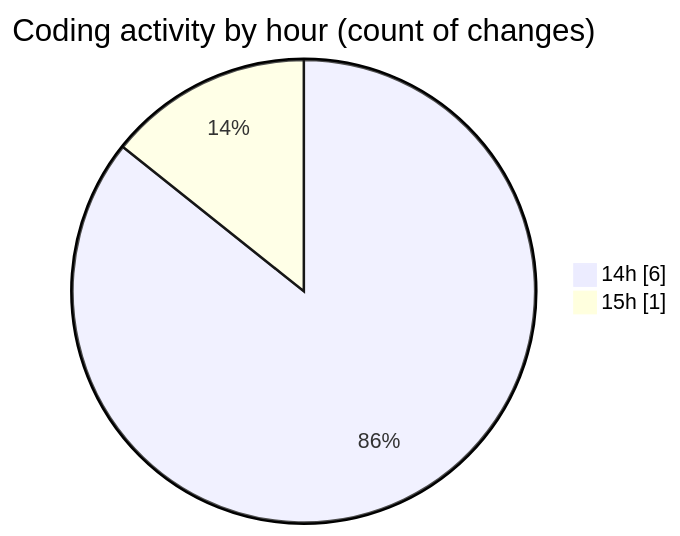
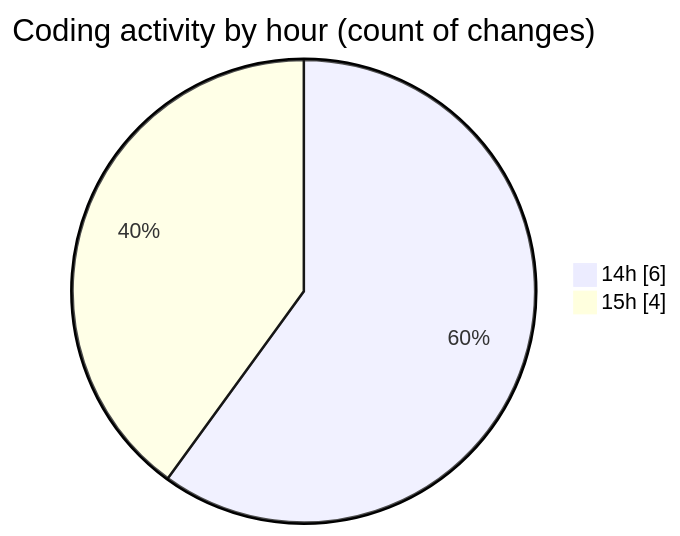
The second of 2 diagrams in 2026-07-31/untitled__workspace_/README.md (debugP/code-tracking), drawn with Mermaid before and after one commit. The commit also changed other lines of this file and 1 other file, not shown here.

````diff
--- a/2026-07-31/untitled__workspace_/README.md
+++ b/2026-07-31/untitled__workspace_/README.md
@@ -33,6 +33,6 @@
 ```mermaid
 pie showData
 title Coding activity by hour (count of changes)
 "14h" : 6
-"15h" : 1
+"15h" : 4
 ```
````
